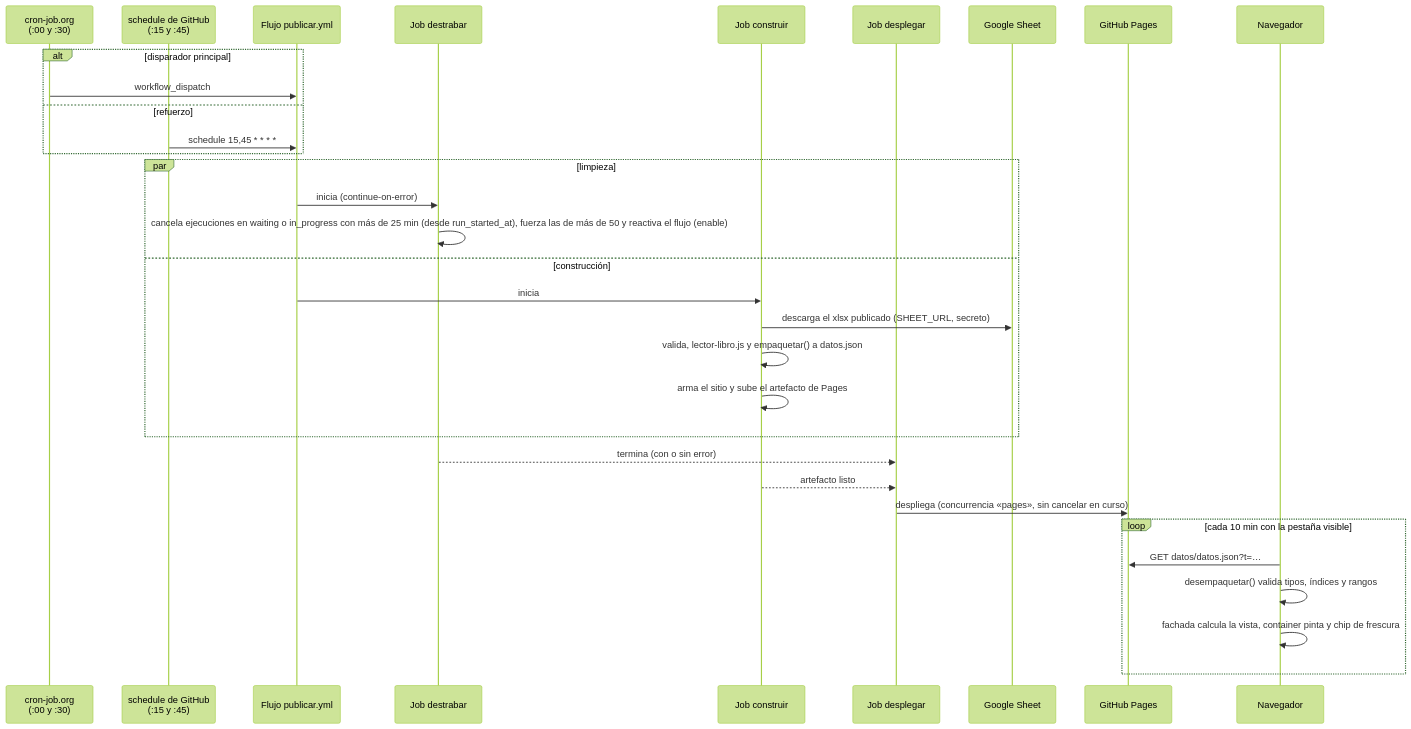
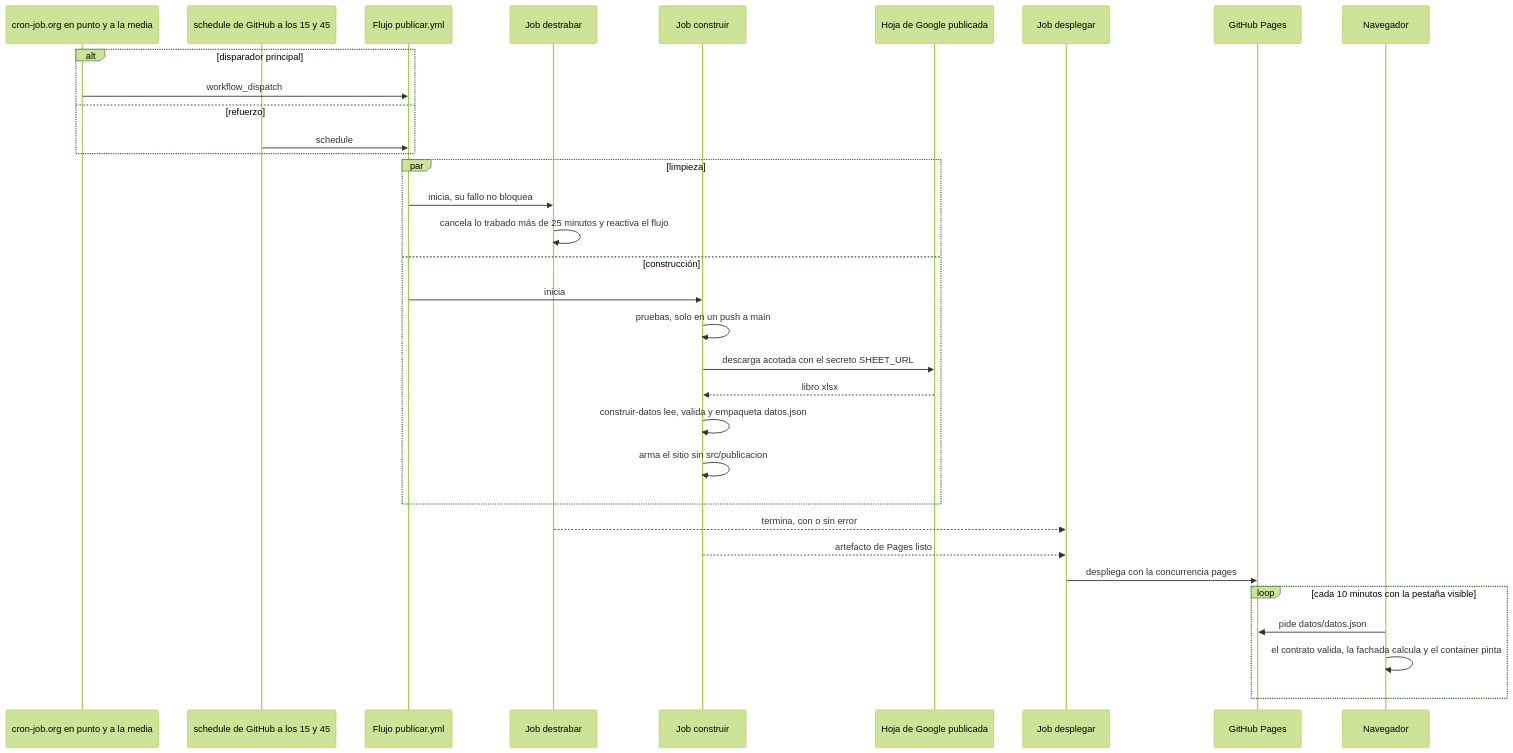
Before and after one commit to Alexis-VsCode/turismo-patate: the second of 2 diagrams in docs/arquitectura.md, drawn with Mermaid (forest theme). The commit also changed other lines of this file and 21 other files, not shown here.

Commit message:
docs: documentación de la versión 2.9 con la arquitectura nueva, la ADR 010, diagramas Mermaid, filtros facetados, protección de la hoja y avisos del lector

````diff
--- a/docs/arquitectura.md
+++ b/docs/arquitectura.md
@@ -65,34 +123,35 @@
 ```mermaid
 sequenceDiagram
-    participant CJ as cron-job.org<br/>(:00 y :30)
-    participant GS as schedule de GitHub<br/>(:15 y :45)
+    participant CJ as cron-job.org en punto y a la media
+    participant GS as schedule de GitHub a los 15 y 45
     participant W as Flujo publicar.yml
     participant DT as Job destrabar
     participant CO as Job construir
+    participant H as Hoja de Google publicada
     participant DE as Job desplegar
-    participant H as Google Sheet
     participant P as GitHub Pages
     participant N as Navegador
     alt disparador principal
         CJ->>W: workflow_dispatch
     else refuerzo
-        GS->>W: schedule 15,45 * * * *
+        GS->>W: schedule
     end
     par limpieza
-        W->>DT: inicia (continue-on-error)
-        DT->>DT: cancela ejecuciones en waiting o in_progress con más de 25 min (desde run_started_at), fuerza las de más de 50 y reactiva el flujo (enable)
+        W->>DT: inicia, su fallo no bloquea
+        DT->>DT: cancela lo trabado más de 25 minutos y reactiva el flujo
     and construcción
         W->>CO: inicia
-        CO->>H: descarga el xlsx publicado (SHEET_URL, secreto)
-        CO->>CO: valida, lector-libro.js y empaquetar() a datos.json
-        CO->>CO: arma el sitio y sube el artefacto de Pages
+        CO->>CO: pruebas, solo en un push a main
+        CO->>H: descarga acotada con el secreto SHEET_URL
+        H-->>CO: libro xlsx
+        CO->>CO: construir-datos lee, valida y empaqueta datos.json
+        CO->>CO: arma el sitio sin src/publicacion
     end
-    DT-->>DE: termina (con o sin error)
-    CO-->>DE: artefacto listo
-    DE->>P: despliega (concurrencia «pages», sin cancelar en curso)
-    loop cada 10 min con la pestaña visible
-        N->>P: GET datos/datos.json?t=…
-        N->>N: desempaquetar() valida tipos, índices y rangos
-        N->>N: fachada calcula la vista, container pinta y chip de frescura
+    DT-->>DE: termina, con o sin error
+    CO-->>DE: artefacto de Pages listo
+    DE->>P: despliega con la concurrencia pages
+    loop cada 10 minutos con la pestaña visible
+        N->>P: pide datos/datos.json
+        N->>N: el contrato valida, la fachada calcula y el container pinta
     end
 ```
````
